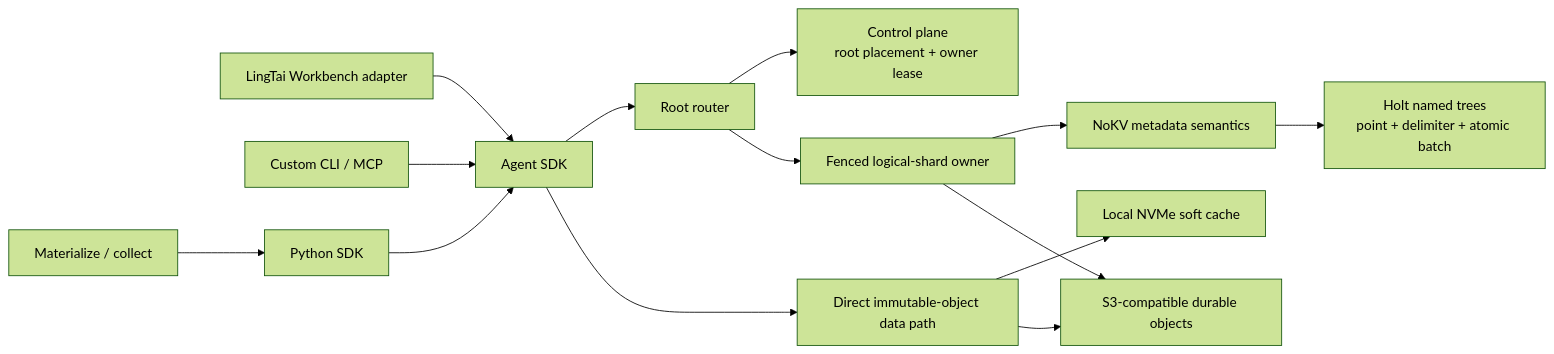
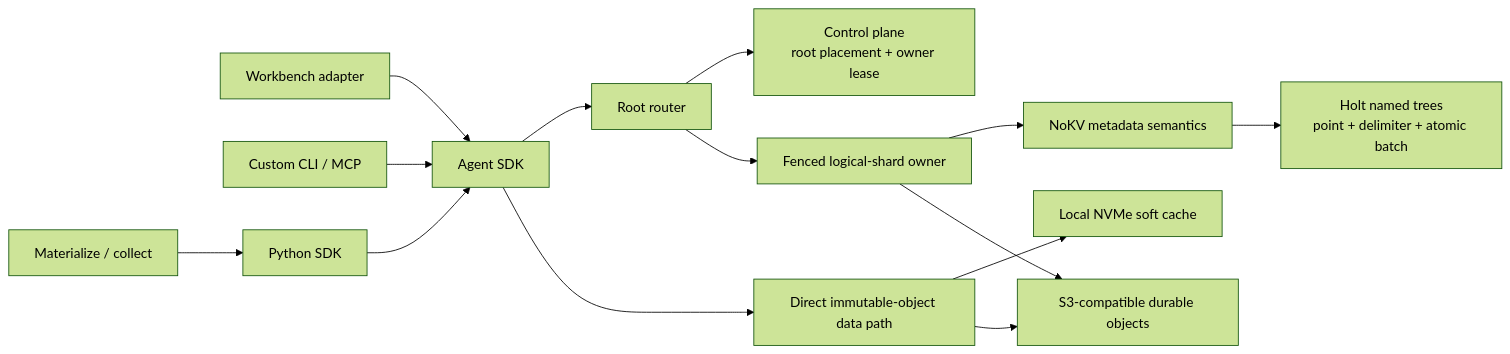
The first of 5 diagrams in docs/architecture.md (NoKV-Lab/NoKV), drawn with Mermaid (forest theme) before and after one commit. The commit also changed other lines of this file and 20 other files, not shown here.

````diff
--- a/docs/architecture.md
+++ b/docs/architecture.md
@@ -12,19 +12,19 @@
 ```mermaid
 flowchart LR
-    Workbench["LingTai Workbench adapter"] --> SDK["Agent SDK"]
+    Workbench["Workbench adapter"] --> SDK["Agent SDK"]
     CLI["Custom CLI / MCP"] --> SDK
     Python["Python SDK"] --> SDK
     Local["Materialize / collect"] --> Python
 
     SDK --> Router["Root router"]
     Router --> Control["Control plane<br/>root placement + owner lease"]
     Router --> Owner["Fenced logical-shard owner"]
 
     Owner --> Meta["NoKV metadata semantics"]
     Meta --> Holt["Holt named trees<br/>point + delimiter + atomic batch"]
 
     SDK --> Data["Direct immutable-object data path"]
     Data --> Cache["Local NVMe soft cache"]
     Data --> Object["S3-compatible durable objects"]
     Owner --> Object
 ```
````
